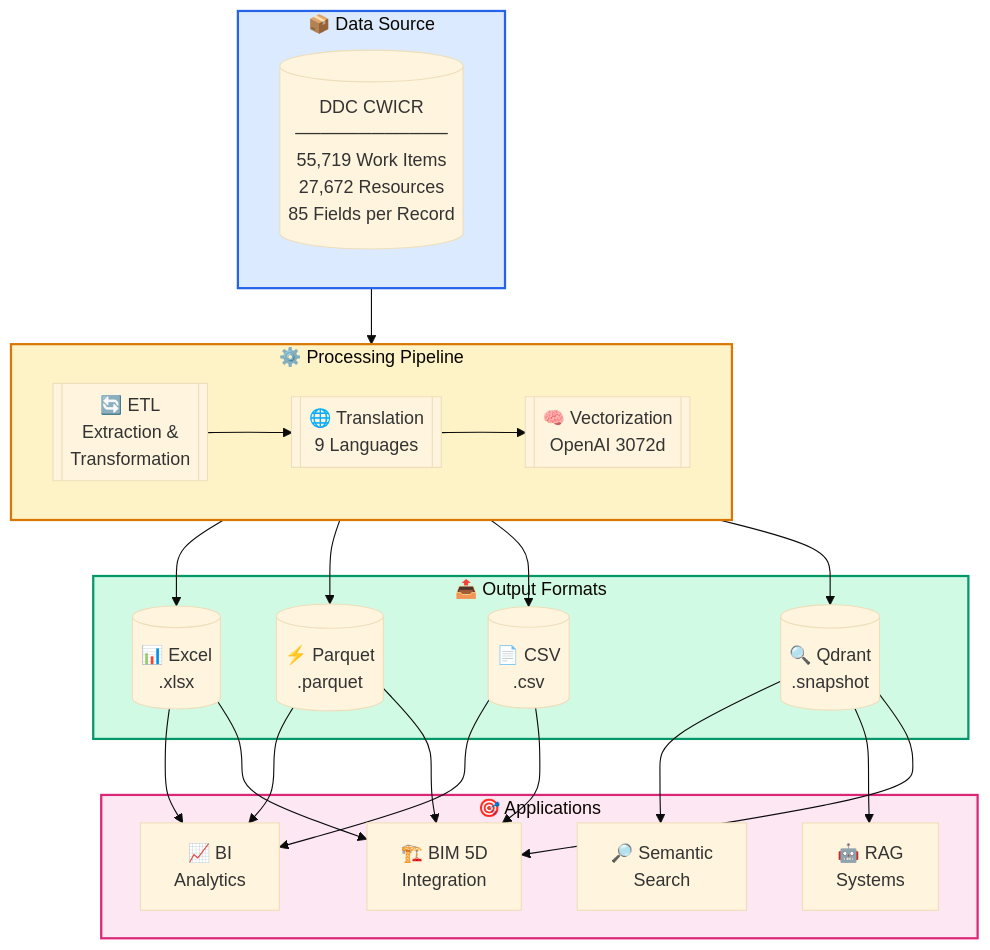
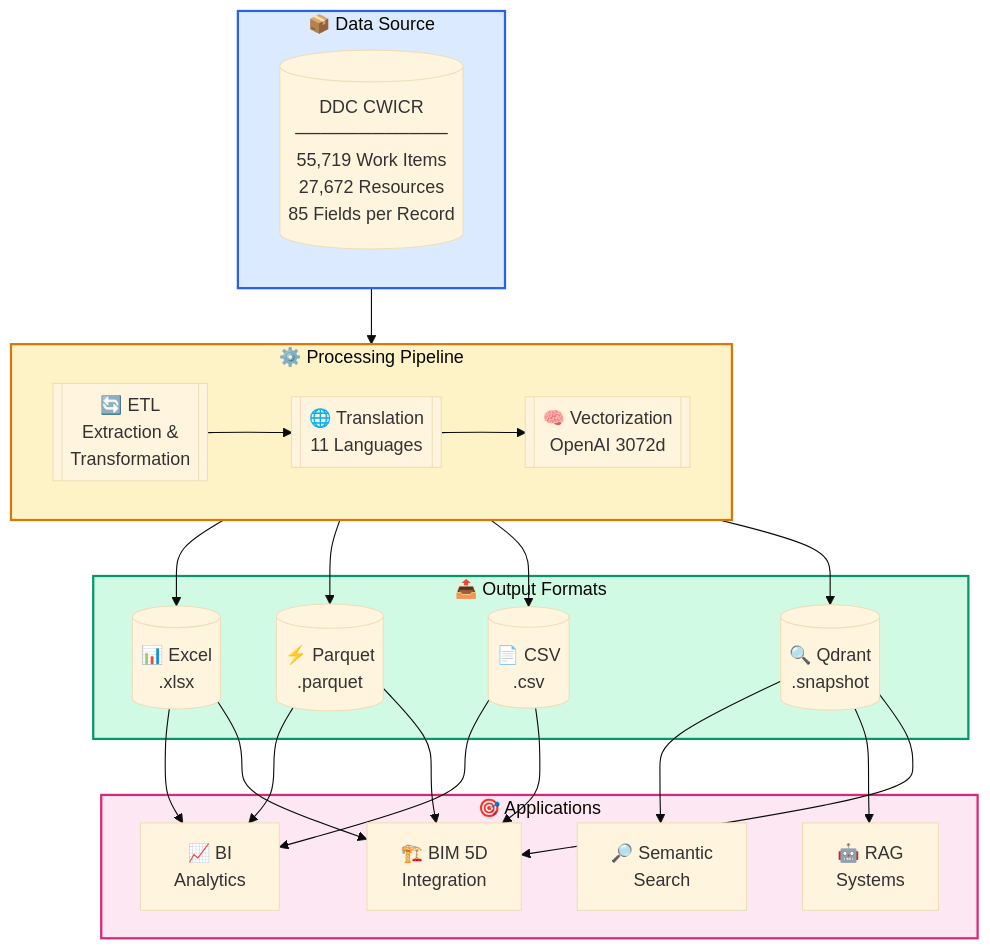
The second of 6 diagrams in README.md (ehtick/OpenConstructionEstimate-DDC-CWICR), drawn with Mermaid (base theme) before and after one commit. The commit also changed other lines of this file and 81 other files, not shown here.

````diff
--- a/README.md
+++ b/README.md
@@ -591,38 +591,38 @@
 ```mermaid
 flowchart TB
     subgraph Source["📦 Data Source"]
         CWICR[(DDC CWICR<br/>────────────<br/>55,719 Work Items<br/>27,672 Resources<br/>85 Fields per Record)]
     end
 
     subgraph Processing["⚙️ Processing Pipeline"]
         direction LR
         ETL[["🔄 ETL<br/>Extraction &<br/>Transformation"]]
-        TRANS[["🌐 Translation<br/>9 Languages"]]
+        TRANS[["🌐 Translation<br/>11 Languages"]]
         EMBED[["🧠 Vectorization<br/>OpenAI 3072d"]]
         ETL --> TRANS --> EMBED
     end
 
     subgraph Outputs["📤 Output Formats"]
         XLSX[("📊 Excel<br/>.xlsx")]
         PARQUET[("⚡ Parquet<br/>.parquet")]
         CSV[("📄 CSV<br/>.csv")]
         QDRANT[("🔍 Qdrant<br/>.snapshot")]
     end
 
     subgraph Apps["🎯 Applications"]
         SEARCH["🔎 Semantic<br/>Search"]
         BIM["🏗️ BIM 5D<br/>Integration"]
         RAG["🤖 RAG<br/>Systems"]
         BI["📈 BI<br/>Analytics"]
     end
 
     Source --> Processing
     Processing --> XLSX & PARQUET & CSV & QDRANT
     XLSX & PARQUET & CSV --> BI & BIM
     QDRANT --> SEARCH & RAG & BIM
 
     style Source fill:#dbeafe,stroke:#2563eb,stroke-width:2px
     style Processing fill:#fef3c7,stroke:#d97706,stroke-width:2px
     style Outputs fill:#d1fae5,stroke:#059669,stroke-width:2px
     style Apps fill:#fce7f3,stroke:#db2777,stroke-width:2px
 ```
````
